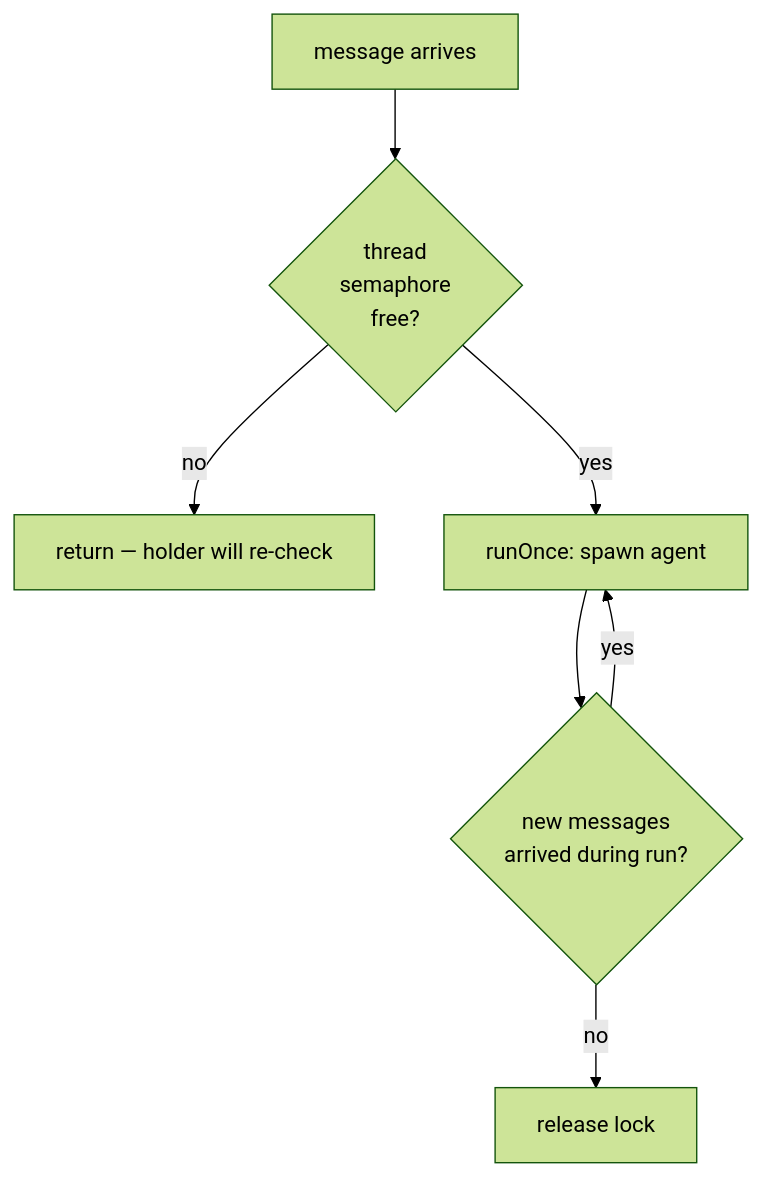
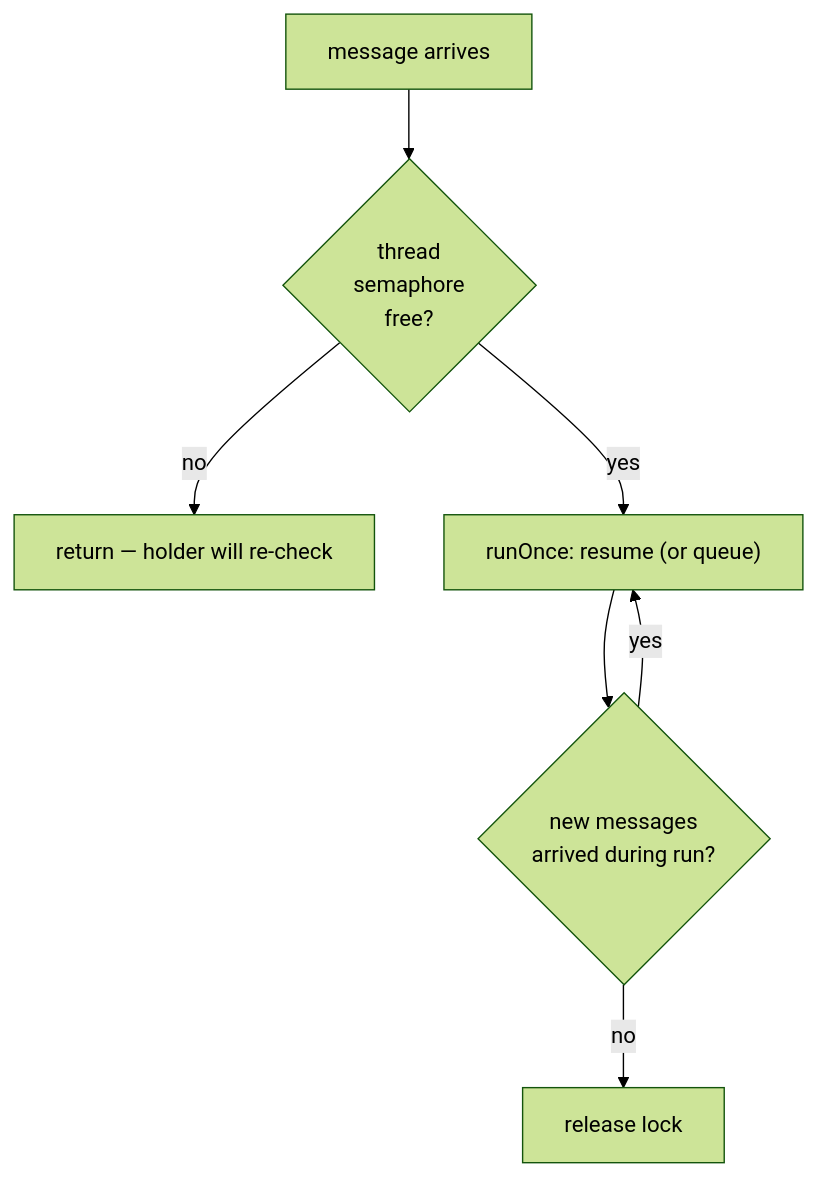
The third of 3 diagrams in apps/docs/internals/message-flow.md (JuicyBenjamin/collagen), drawn with Mermaid (forest theme) before and after one commit. The commit also changed other lines of this file and 15 other files, not shown here.

````diff
--- a/apps/docs/internals/message-flow.md
+++ b/apps/docs/internals/message-flow.md
@@ -49,9 +78,9 @@
 ```mermaid
 flowchart TD
   msg["message arrives"] --> lock{"thread\nsemaphore\nfree?"}
   lock -->|no| skip["return — holder will re-check"]
-  lock -->|yes| run["runOnce: spawn agent"]
+  lock -->|yes| run["runOnce: resume (or queue)"]
   run --> recheck{"new messages\narrived during run?"}
   recheck -->|yes| run
   recheck -->|no| release["release lock"]
 ```
````
